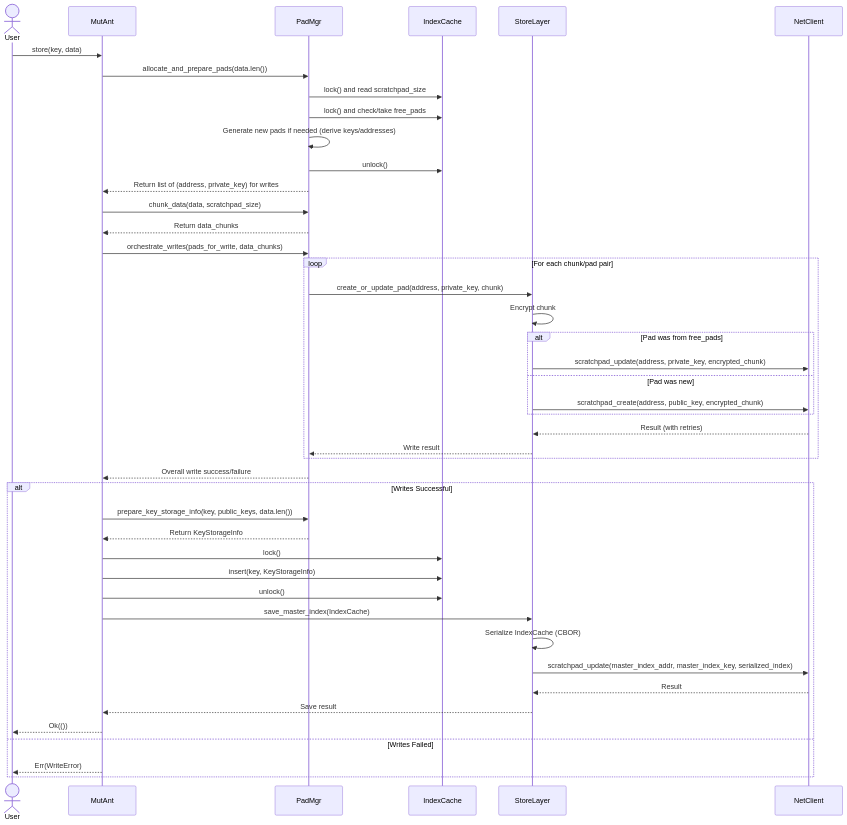
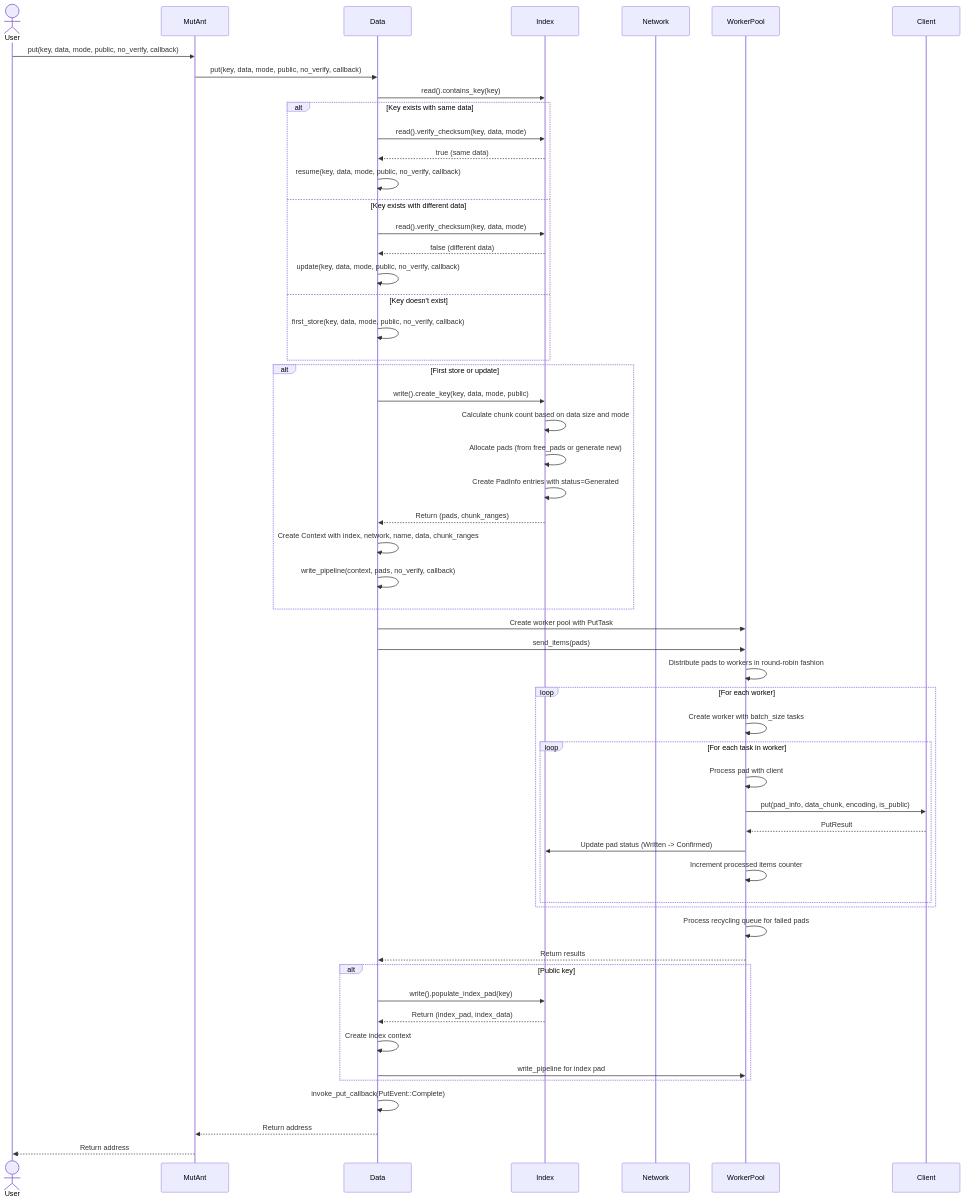
One commit to dovahcrow/Mutant changed the first of 5 diagrams in docs/mutant_lib/internals/operation_flows.md. Above: the diagram before and after it, drawn with Mermaid. The commit also changed other lines of this file and 9 other files, not shown here.

````diff
--- a/docs/mutant_lib/internals/operation_flows.md
+++ b/docs/mutant_lib/internals/operation_flows.md
@@ -17,49 +18,68 @@
 ```mermaid
 sequenceDiagram
     actor User
     participant MutAnt
-    participant PadMgr
-    participant IndexCache
-    participant StoreLayer
-    participant NetClient
+    participant Data
+    participant Index
+    participant Network
+    participant WorkerPool
+    participant Client
 
-    User->>MutAnt: store(key, data)
-    MutAnt->>PadMgr: allocate_and_prepare_pads(data.len())
-    PadMgr->>IndexCache: lock() and read scratchpad_size
-    PadMgr->>IndexCache: lock() and check/take free_pads
-    PadMgr->>PadMgr: Generate new pads if needed (derive keys/addresses)
-    PadMgr->>IndexCache: unlock()
-    PadMgr-->>MutAnt: Return list of (address, private_key) for writes
-    MutAnt->>PadMgr: chunk_data(data, scratchpad_size)
-    PadMgr-->>MutAnt: Return data_chunks
-    
-    MutAnt->>PadMgr: orchestrate_writes(pads_for_write, data_chunks)
-    loop For each chunk/pad pair
-        PadMgr->>StoreLayer: create_or_update_pad(address, private_key, chunk)
-        StoreLayer->>StoreLayer: Encrypt chunk
-        alt Pad was from free_pads
-            StoreLayer->>NetClient: scratchpad_update(address, private_key, encrypted_chunk)
-        else Pad was new
-            StoreLayer->>NetClient: scratchpad_create(address, public_key, encrypted_chunk)
+    User->>MutAnt: put(key, data, mode, public, no_verify, callback)
+    MutAnt->>Data: put(key, data, mode, public, no_verify, callback)
+
+    Data->>Index: read().contains_key(key)
+
+    alt Key exists with same data
+        Data->>Index: read().verify_checksum(key, data, mode)
+        Index-->>Data: true (same data)
+        Data->>Data: resume(key, data, mode, public, no_verify, callback)
+    else Key exists with different data
+        Data->>Index: read().verify_checksum(key, data, mode)
+        Index-->>Data: false (different data)
+        Data->>Data: update(key, data, mode, public, no_verify, callback)
+    else Key doesn't exist
+        Data->>Data: first_store(key, data, mode, public, no_verify, callback)
+    end
+
+    alt First store or update
+        Data->>Index: write().create_key(key, data, mode, public)
+        Index->>Index: Calculate chunk count based on data size and mode
+        Index->>Index: Allocate pads (from free_pads or generate new)
+        Index->>Index: Create PadInfo entries with status=Generated
+        Index-->>Data: Return (pads, chunk_ranges)
+
+        Data->>Data: Create Context with index, network, name, data, chunk_ranges
+        Data->>Data: write_pipeline(context, pads, no_verify, callback)
+    end
+
+    Data->>WorkerPool: Create worker pool with PutTask
+    Data->>WorkerPool: send_items(pads)
+
+    WorkerPool->>WorkerPool: Distribute pads to workers in round-robin fashion
+
+    loop For each worker
+        WorkerPool->>WorkerPool: Create worker with batch_size tasks
+        loop For each task in worker
+            WorkerPool->>WorkerPool: Process pad with client
+            WorkerPool->>Client: put(pad_info, data_chunk, encoding, is_public)
+            Client-->>WorkerPool: PutResult
+            WorkerPool->>Index: Update pad status (Written -> Confirmed)
+            WorkerPool->>WorkerPool: Increment processed items counter
         end
-        NetClient-->>StoreLayer: Result (with retries)
-        StoreLayer-->>PadMgr: Write result
     end
-    PadMgr-->>MutAnt: Overall write success/failure
 
-    alt Writes Successful
-        MutAnt->>PadMgr: prepare_key_storage_info(key, public_keys, data.len())
-        PadMgr-->>MutAnt: Return KeyStorageInfo
-        MutAnt->>IndexCache: lock()
-        MutAnt->>IndexCache: insert(key, KeyStorageInfo)
-        MutAnt->>IndexCache: unlock()
-        MutAnt->>StoreLayer: save_master_index(IndexCache)
-        StoreLayer->>StoreLayer: Serialize IndexCache (CBOR)
-        StoreLayer->>NetClient: scratchpad_update(master_index_addr, master_index_key, serialized_index)
-        NetClient-->>StoreLayer: Result
-        StoreLayer-->>MutAnt: Save result
-        MutAnt-->>User: Ok(())
-    else Writes Failed
-        MutAnt-->>User: Err(WriteError)
+    WorkerPool->>WorkerPool: Process recycling queue for failed pads
+    WorkerPool-->>Data: Return results
+
+    alt Public key
+        Data->>Index: write().populate_index_pad(key)
+        Index-->>Data: Return (index_pad, index_data)
+        Data->>Data: Create index context
+        Data->>WorkerPool: write_pipeline for index pad
     end
+
+    Data->>Data: invoke_put_callback(PutEvent::Complete)
+    Data-->>MutAnt: Return address
+    MutAnt-->>User: Return address
 ```
````
